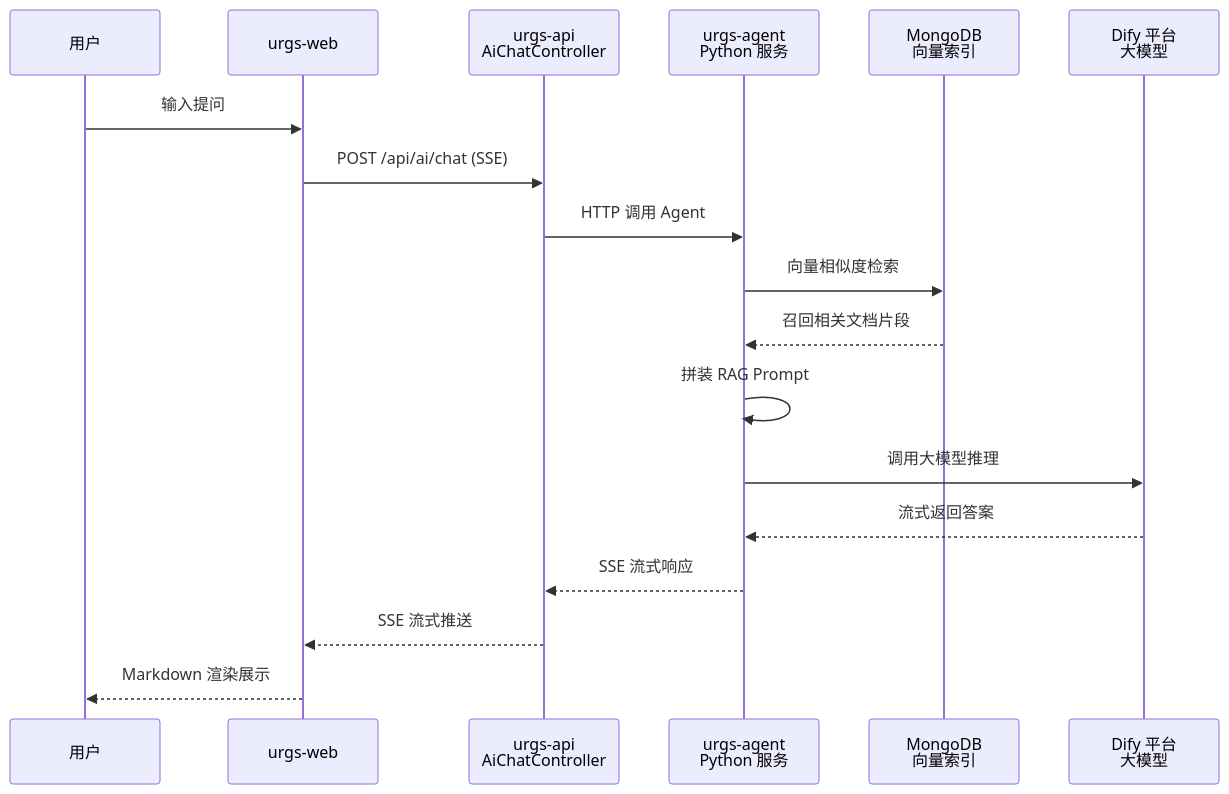
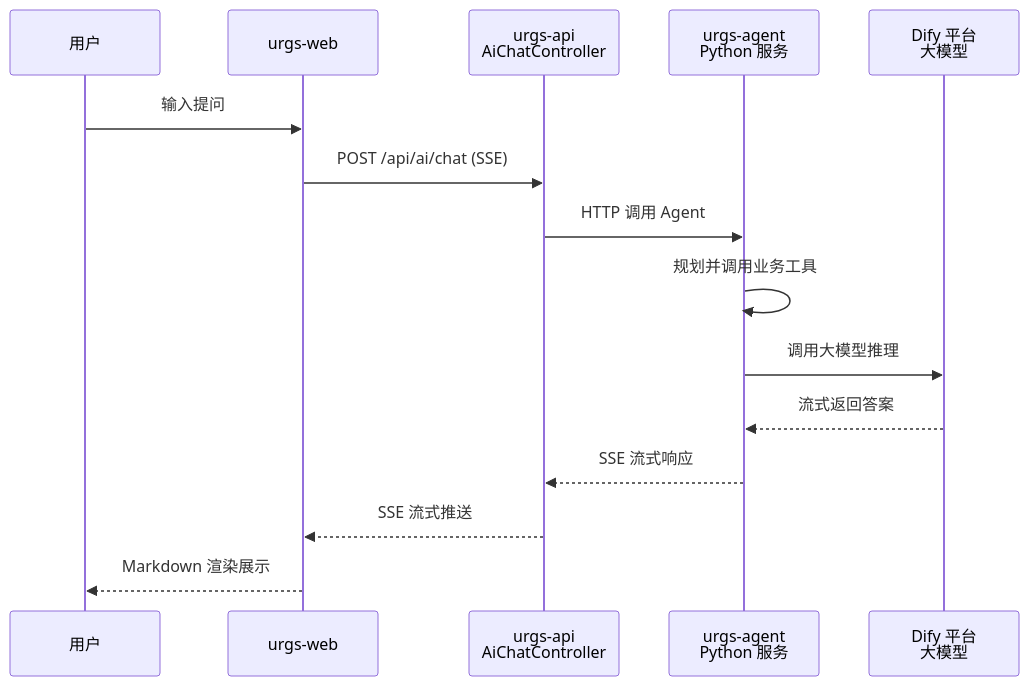
One commit to Jingkzhou/urgs changed the fourth of 7 diagrams in docs/architecture/architecture-diagrams.md. Above: the diagram before and after it, drawn with Mermaid. The commit also changed 68 other files, not shown here.

````diff
--- a/docs/architecture/architecture-diagrams.md
+++ b/docs/architecture/architecture-diagrams.md
@@ -115,21 +115,18 @@
 ```mermaid
 sequenceDiagram
     participant U as 用户
     participant W as urgs-web
     participant A as urgs-api<br/>AiChatController
     participant G as urgs-agent<br/>Python 服务
-    participant V as MongoDB<br/>向量索引
     participant D as Dify 平台<br/>大模型
 
     U->>W: 输入提问
     W->>A: POST /api/ai/chat (SSE)
     A->>G: HTTP 调用 Agent
-    G->>V: 向量相似度检索
-    V-->>G: 召回相关文档片段
-    G->>G: 拼装 RAG Prompt
+    G->>G: 规划并调用业务工具
     G->>D: 调用大模型推理
     D-->>G: 流式返回答案
     G-->>A: SSE 流式响应
     A-->>W: SSE 流式推送
     W-->>U: Markdown 渲染展示
 ```
````
